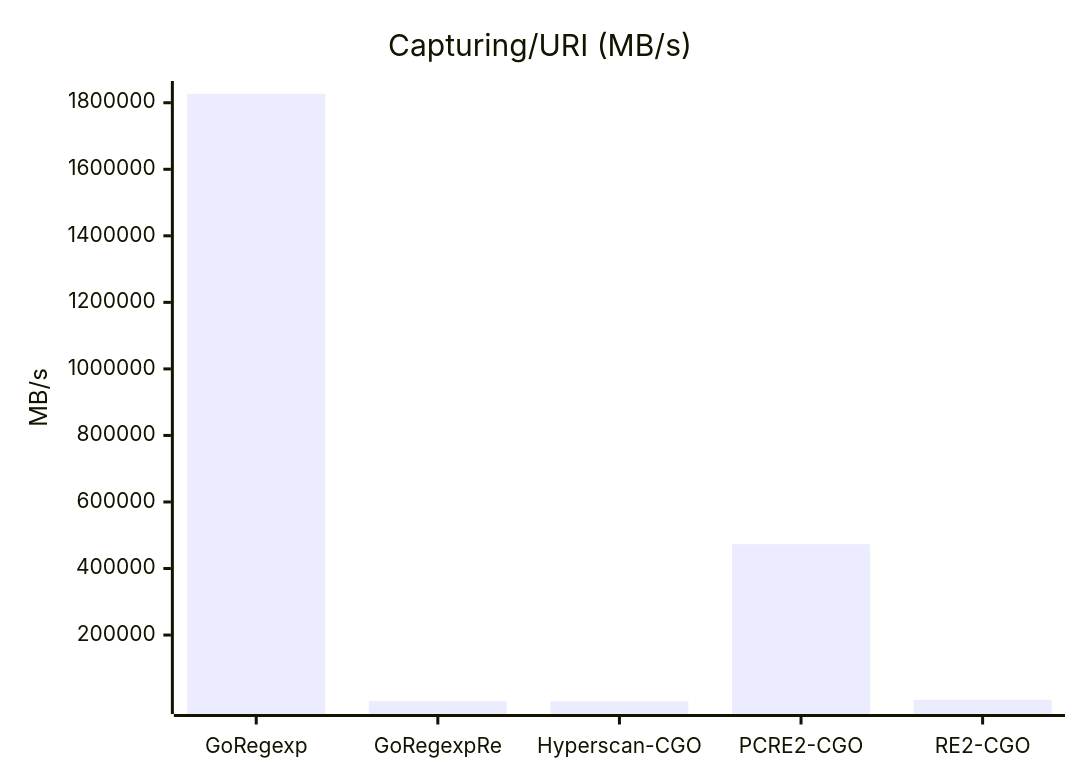
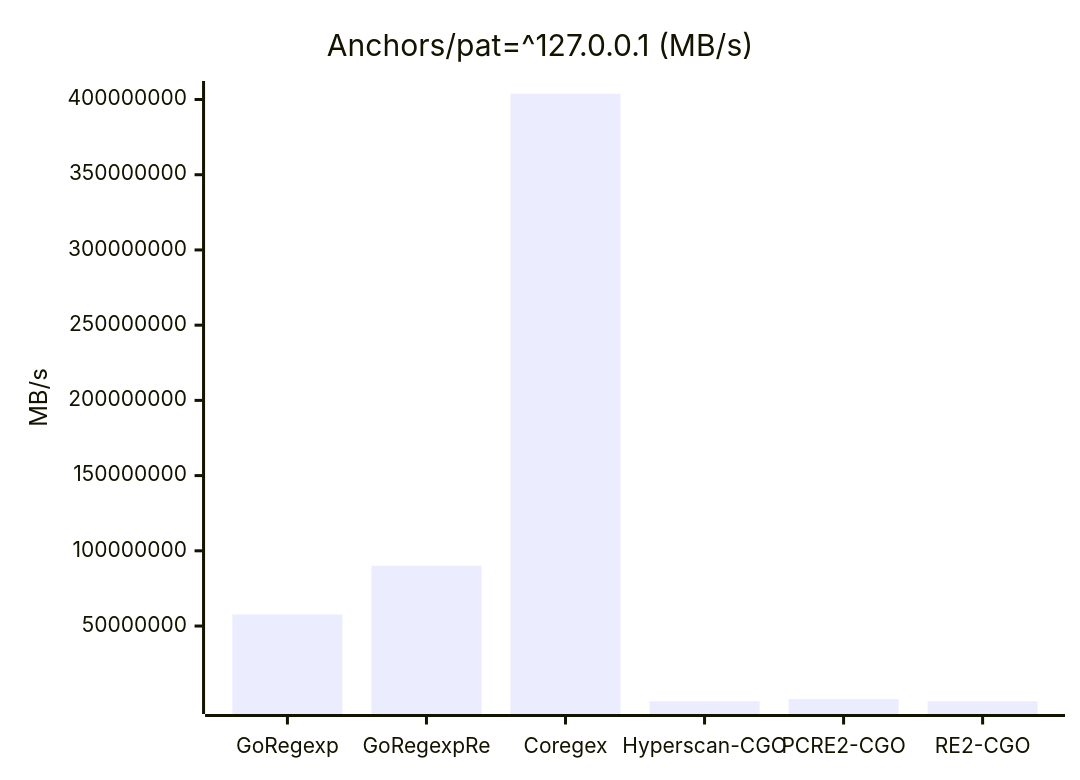
One commit to kamichidu/go-regexp-re changed the fifth of 47 diagrams in _benchmark_results/cgo_engines.md. Above: the diagram before and after it, drawn with Mermaid. The commit also changed other lines of this file and 3 other files, not shown here.

````diff
--- a/_benchmark_results/cgo_engines.md
+++ b/_benchmark_results/cgo_engines.md
@@ -90,7 +142,7 @@
 ```mermaid
 xychart-beta
-    title "Capturing/URI (MB/s)"
-    x-axis ["GoRegexp", "GoRegexpRe", "Hyperscan-CGO", "PCRE2-CGO", "RE2-CGO"]
+    title "Anchors/pat=^127.0.0.1 (MB/s)"
+    x-axis ["GoRegexp", "GoRegexpRe", "Coregex", "Hyperscan-CGO", "PCRE2-CGO", "RE2-CGO"]
     y-axis "MB/s"
-    bar [1827032.44, 1589.68, 1038.47, 473124.41, 5464.26]
+    bar [57721349.19, 90055446.87, 403825534.95, 2385.64, 1440371.94, 4889.20]
 ```
````
